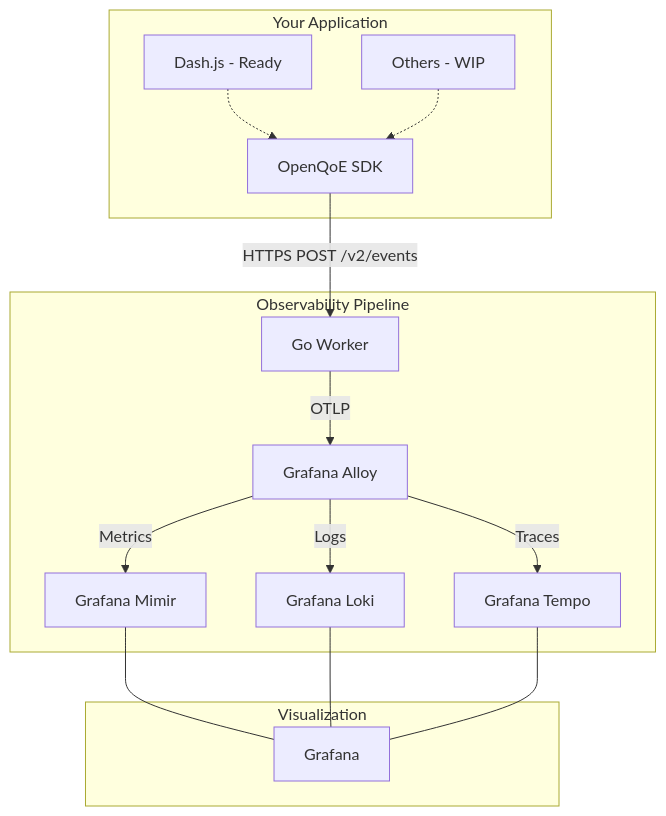
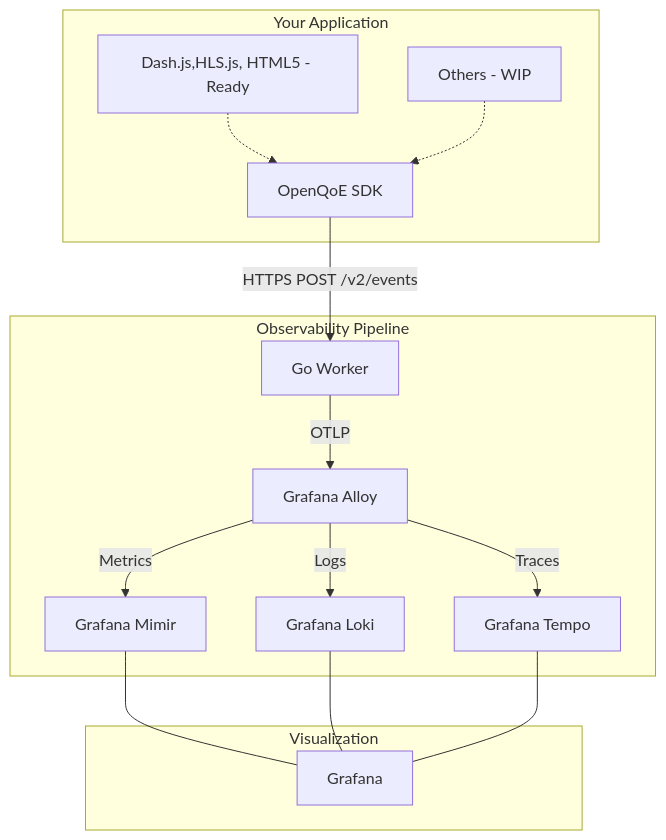
The diagram in README.md (openqoe/openqoe-dev), drawn with Mermaid before and after one commit. The commit also changed other lines of this file and 1 other file, not shown here.

Commit message:
fix(sdk): fixes sdk version and readme

````diff
--- a/README.md
+++ b/README.md
@@ -89,25 +89,25 @@
 ```mermaid
 graph TD
     subgraph "Your Application"
         SDK[OpenQoE SDK]
-        P1["Dash.js - Ready"]
+        P1["Dash.js,HLS.js, HTML5 - Ready"]
         P2["Others - WIP"]
         P1 -.-> SDK
         P2 -.-> SDK
     end
 
     SDK -- "HTTPS POST /v2/events" --> Worker[Go Worker]
 
     subgraph "Observability Pipeline"
         Worker -- "OTLP" --> Alloy[Grafana Alloy]
         Alloy -- "Metrics" --> Mimir[Grafana Mimir]
         Alloy -- "Logs" --> Loki[Grafana Loki]
         Alloy -- "Traces" --> Tempo[Grafana Tempo]
     end
 
     subgraph "Visualization"
         Mimir --- Grafana[Grafana]
         Loki --- Grafana
         Tempo --- Grafana
     end
 ```
````
